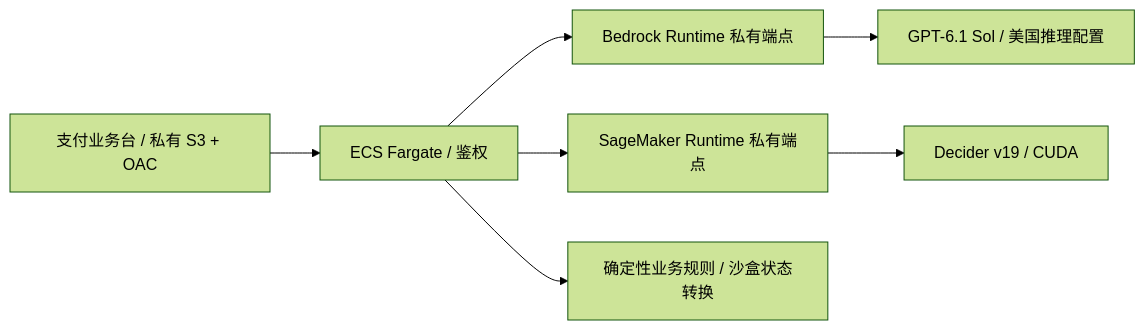
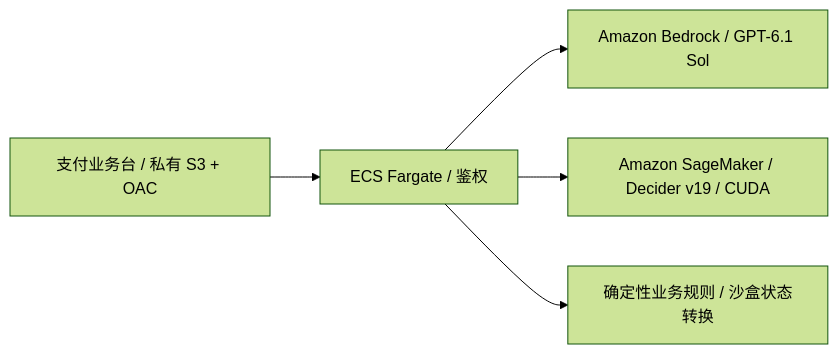
The diagram in deployment/CRYPTO.md (milan9527/StrandsDecider), drawn with Mermaid (forest theme) before and after one commit. The commit also changed other lines of this file and 58 other files, not shown here.

````diff
--- a/deployment/CRYPTO.md
+++ b/deployment/CRYPTO.md
@@ -83,9 +106,7 @@
 ```mermaid
 flowchart LR
     UI[支付业务台 / 私有 S3 + OAC] --> API[ECS Fargate / 鉴权]
-    API --> BRVPCE[Bedrock Runtime 私有端点]
-    BRVPCE --> GPT[GPT-6.1 Sol / 美国推理配置]
-    API --> SMVPCE[SageMaker Runtime 私有端点]
-    SMVPCE --> Decider[Decider v19 / CUDA]
+    API --> GPT[Amazon Bedrock / GPT-6.1 Sol]
+    API --> Decider[Amazon SageMaker / Decider v19 / CUDA]
     API --> Policy[确定性业务规则 / 沙盒状态转换]
 ```
````
